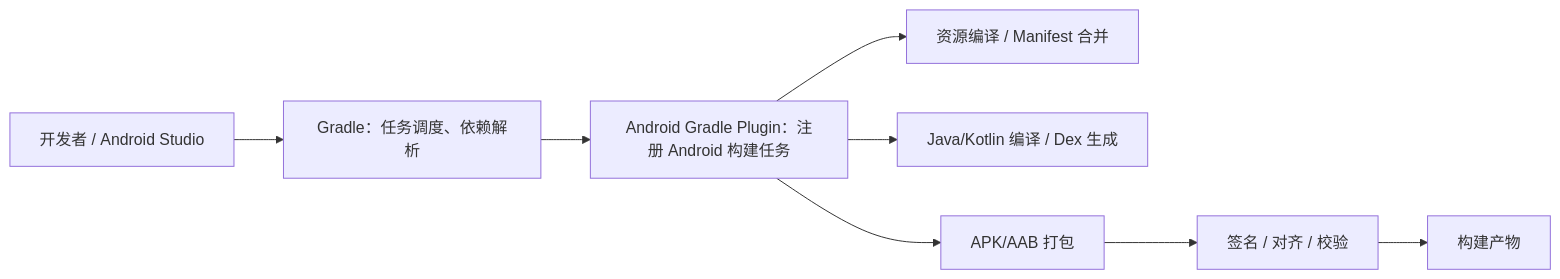
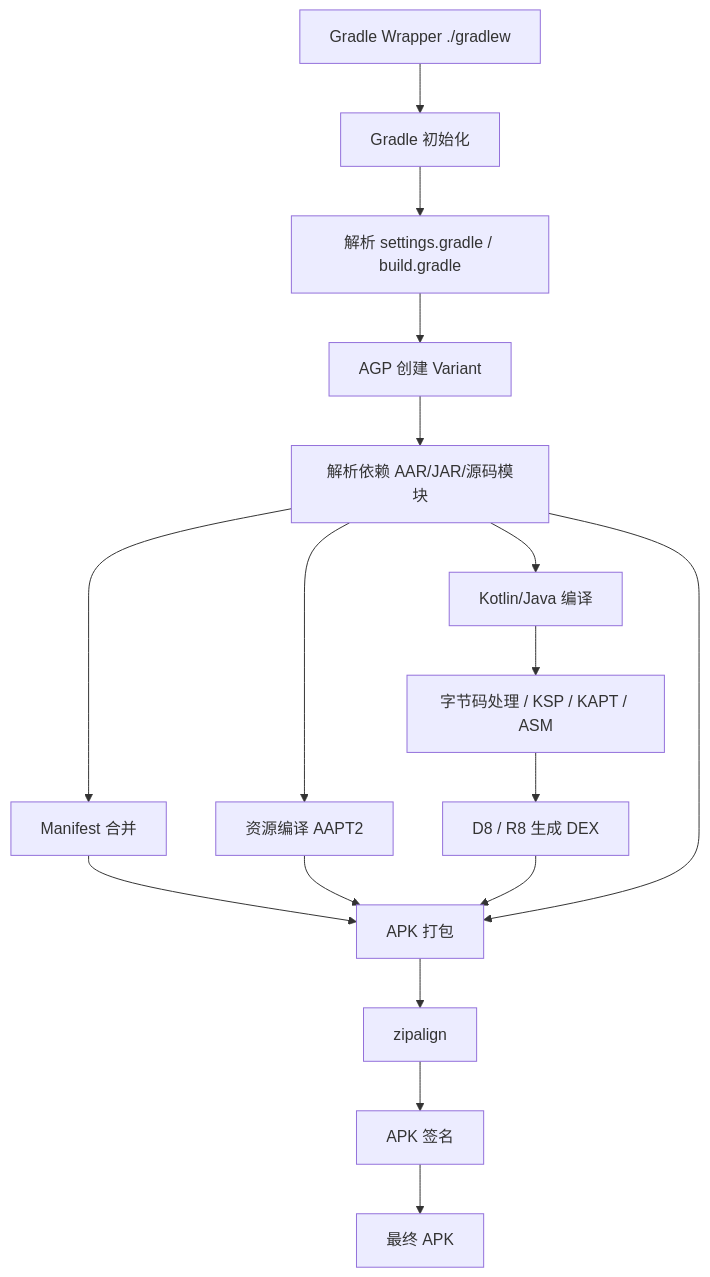
The first of 3 diagrams in android插件相关/Android打包流程.md (junyingzhao001/StudyNotes), drawn with Mermaid before and after one commit. The commit also changed other lines of this file and 3 other files, not shown here.

````diff
--- a/android插件相关/Android打包流程.md
+++ b/android插件相关/Android打包流程.md
@@ -21,10 +21,19 @@
 ```mermaid
-flowchart LR
-  Dev["开发者 / Android Studio"] --> Gradle["Gradle：任务调度、依赖解析"]
-  Gradle --> AGP["Android Gradle Plugin：注册 Android 构建任务"]
-  AGP --> Res["资源编译 / Manifest 合并"]
-  AGP --> Code["Java/Kotlin 编译 / Dex 生成"]
-  AGP --> Package["APK/AAB 打包"]
-  Package --> Sign["签名 / 对齐 / 校验"]
-  Sign --> Out["构建产物"]
+flowchart TD
+    A["Gradle Wrapper ./gradlew"] --> B["Gradle 初始化"]
+    B --> C["解析 settings.gradle / build.gradle"]
+    C --> D["AGP 创建 Variant"]
+    D --> E["解析依赖 AAR/JAR/源码模块"]
+    E --> F["Manifest 合并"]
+    E --> G["资源编译 AAPT2"]
+    E --> H["Kotlin/Java 编译"]
+    H --> I["字节码处理 / KSP / KAPT / ASM"]
+    I --> J["D8 / R8 生成 DEX"]
+    F --> K["APK 打包"]
+    G --> K
+    J --> K
+    E --> K
+    K --> L["zipalign"]
+    L --> M["APK 签名"]
+    M --> N["最终 APK"]
 ```
````
